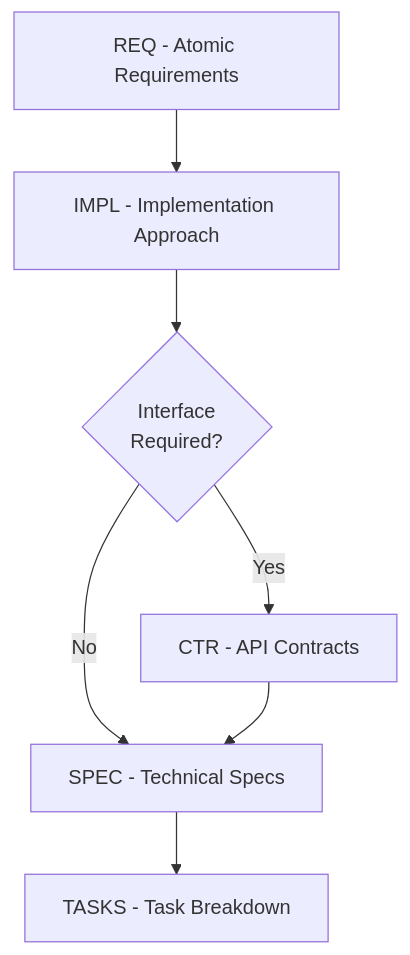
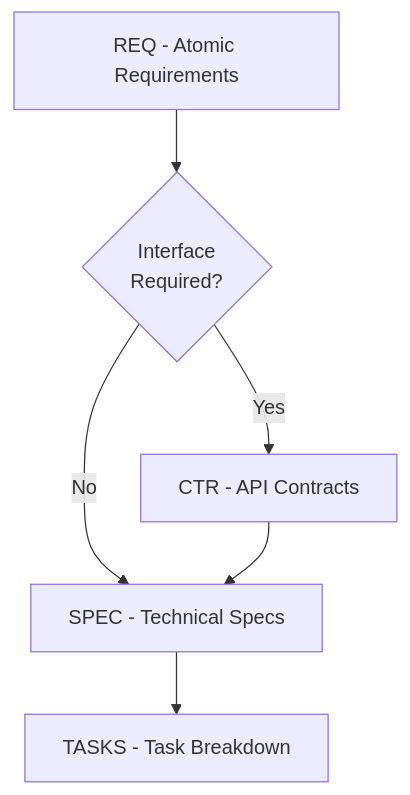
The third of 5 diagrams in ai_dev_flow/README.md (vladm3105/aidoc-flow-framework), drawn with Mermaid before and after one commit. The commit also changed other lines of this file and 146 other files, not shown here.

````diff
--- a/ai_dev_flow/README.md
+++ b/ai_dev_flow/README.md
@@ -383,9 +376,8 @@
 ```mermaid
 flowchart TD
-    REQ[REQ - Atomic Requirements] --> IMPL[IMPL - Implementation Approach]
-    IMPL --> Decision{Interface<br/>Required?}
+    REQ[REQ - Atomic Requirements] --> Decision{Interface<br/>Required?}
     Decision -->|Yes| CTR[CTR - API Contracts]
     Decision -->|No| SPEC[SPEC - Technical Specs]
     CTR --> SPEC
     SPEC --> TASKS[TASKS - Task Breakdown]
 ```
````
